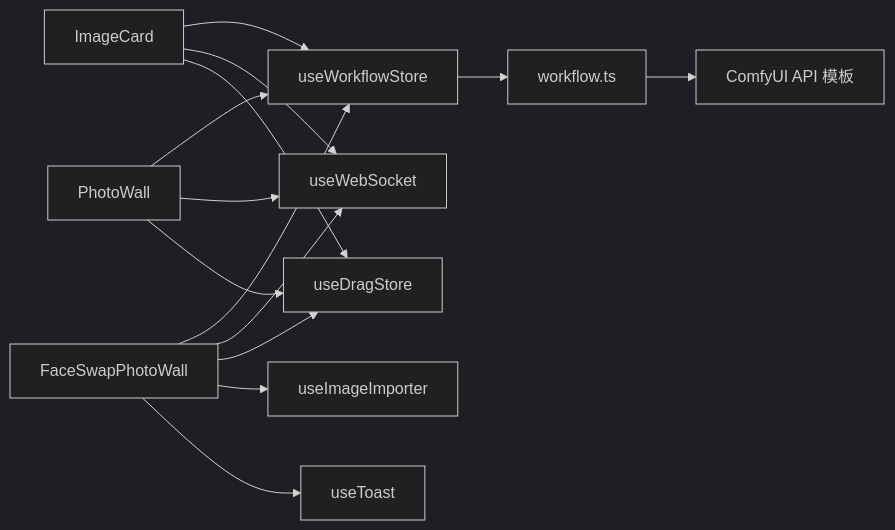
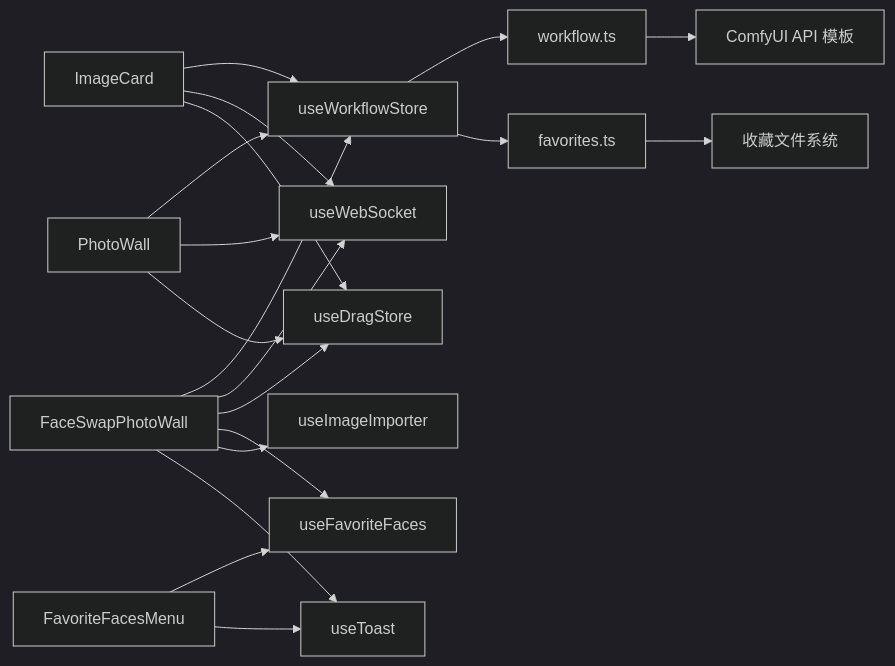
Before and after one commit to billye220670/CorineKit_Pix2Real: the sixth of 6 diagrams in .qoder/repowiki/zh/content/用户界面组件/专业功能组件/面部交换组件.md, drawn with Mermaid (dark theme). The commit also changed other lines of this file and 73 other files, not shown here.

````diff
--- a/.qoder/repowiki/zh/content/用户界面组件/专业功能组件/面部交换组件.md
+++ b/.qoder/repowiki/zh/content/用户界面组件/专业功能组件/面部交换组件.md
@@ -268,16 +356,21 @@
 ```mermaid
 graph LR
 FSPW["FaceSwapPhotoWall"] --> UWS["useWorkflowStore"]
 FSPW --> UWB["useWebSocket"]
 FSPW --> UDS["useDragStore"]
+FSPW --> UFF["useFavoriteFaces"]
 FSPW --> UIT["useImageImporter"]
 FSPW --> UT["useToast"]
 IC["ImageCard"] --> UWS
 IC --> UWB
 IC --> UDS
 PW["PhotoWall"] --> UWS
 PW --> UWB
 PW --> UDS
+FFM["FavoriteFacesMenu"] --> UFF
+FFM --> UT
 UWS --> WR["workflow.ts"]
+UWS --> FR["favorites.ts"]
 WR --> CUI["ComfyUI API 模板"]
+FR --> FS["收藏文件系统"]
 ```
````
